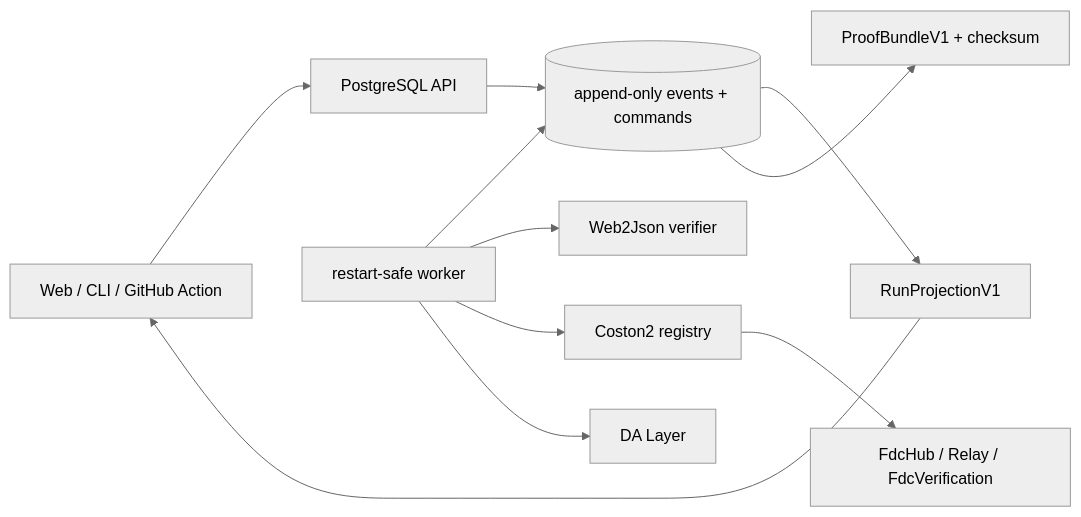
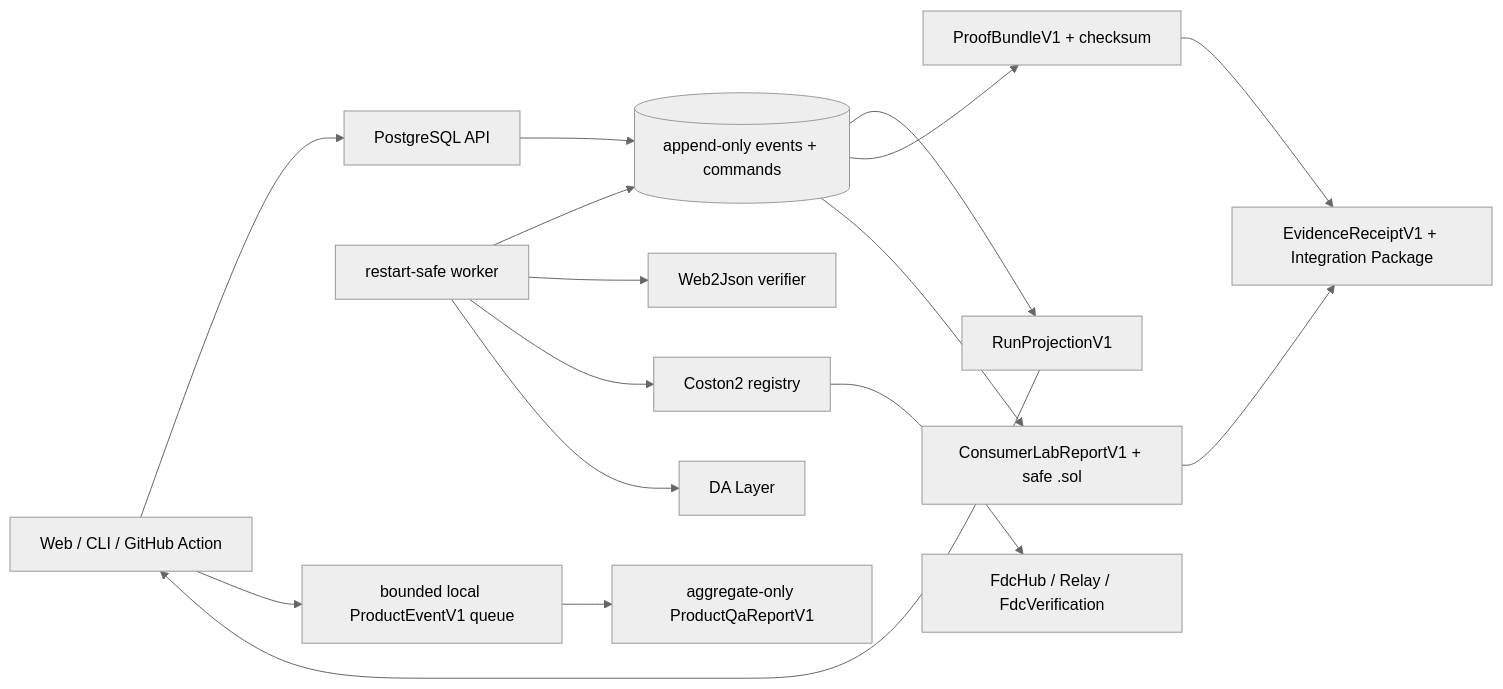
One commit to MarsherSusanin/Orivra changed the diagram in ARCHITECTURE.md. Above: the diagram before and after it, drawn with Mermaid (neutral theme). The commit also changed other lines of this file and 6 other files, not shown here.

````diff
--- a/ARCHITECTURE.md
+++ b/ARCHITECTURE.md
@@ -7,13 +7,18 @@
 ```mermaid
 flowchart LR
   Surface["Web / CLI / GitHub Action"] --> API["PostgreSQL API"]
   API --> DB[("append-only events + commands")]
   Worker["restart-safe worker"] --> DB
   Worker --> Verifier["Web2Json verifier"]
   Worker --> Registry["Coston2 registry"]
   Registry --> FDC["FdcHub / Relay / FdcVerification"]
   Worker --> DA["DA Layer"]
   DB --> Projection["RunProjectionV1"]
   Projection --> Surface
   DB --> Bundle["ProofBundleV1 + checksum"]
+  DB --> Consumer["ConsumerLabReportV1 + safe .sol"]
+  Bundle --> Handoff["EvidenceReceiptV1 + Integration Package"]
+  Consumer --> Handoff
+  Surface --> LocalQueue["bounded local ProductEventV1 queue"]
+  LocalQueue --> QA["aggregate-only ProductQaReportV1"]
 ```
````
